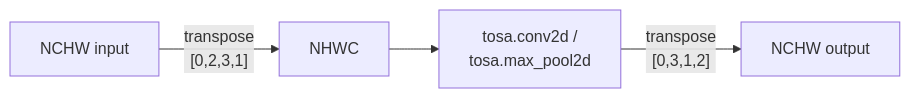
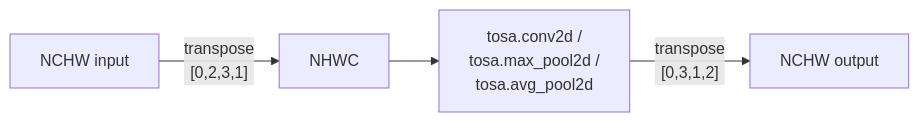
The fourth of 4 diagrams in docs/design.md (edg-l/homura), drawn with Mermaid before and after one commit. The commit also changed other lines of this file and 10 other files, not shown here.

First line of the commit message:
add BatchNorm, GlobalAvgPool, ResNet-18 end-to-end

````diff
--- a/docs/design.md
+++ b/docs/design.md
@@ -212,6 +215,6 @@
 ```mermaid
 flowchart LR
     A["NCHW input"] -->|"transpose<br>[0,2,3,1]"| B["NHWC"]
-    B --> C["tosa.conv2d /<br>tosa.max_pool2d"]
+    B --> C["tosa.conv2d /<br>tosa.max_pool2d /<br>tosa.avg_pool2d"]
     C -->|"transpose<br>[0,3,1,2]"| D["NCHW output"]
 ```
````
